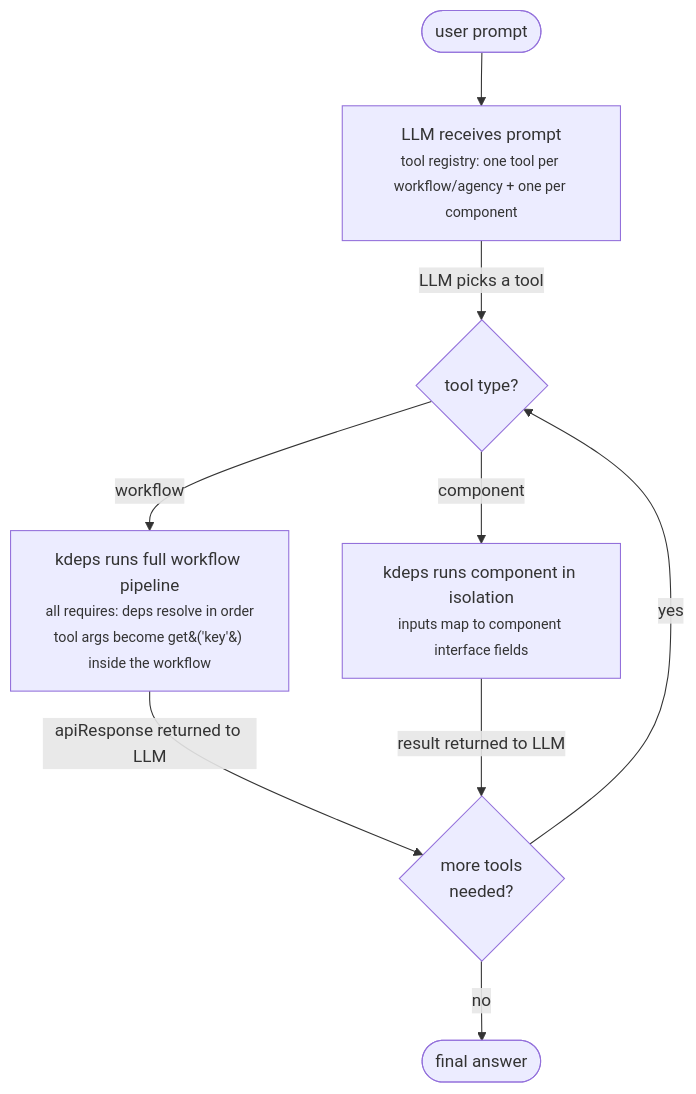
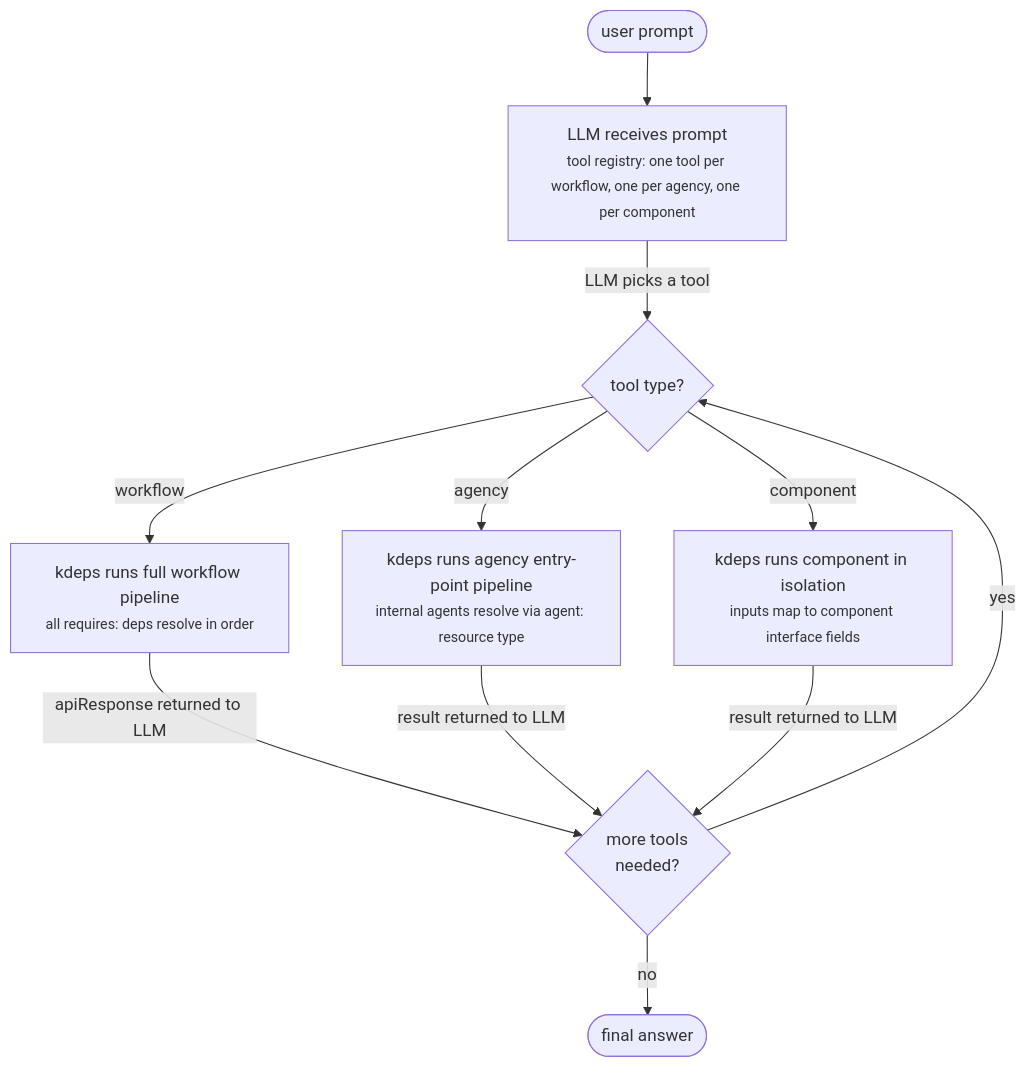
Before and after one commit to kdeps/kdeps: the diagram in docs/v2/modes/agent-mode.md, drawn with Mermaid. The commit also changed other lines of this file and 3 other files, not shown here.

First line of the commit message:
feat: agency = 1 tool in agent mode; fix agency file parsing in serve

````diff
--- a/docs/v2/modes/agent-mode.md
+++ b/docs/v2/modes/agent-mode.md
@@ -77,12 +77,14 @@
 ```mermaid
 flowchart TD
     A([user prompt]) --> B
-    B["LLM receives prompt<br/><small>tool registry: one tool per workflow/agency + one per component</small>"] -->|LLM picks a tool| C
+    B["LLM receives prompt<br/><small>tool registry: one tool per workflow, one per agency, one per component</small>"] -->|LLM picks a tool| C
     C{"tool type?"} -->|workflow| D
-    C -->|component| E
-    D["kdeps runs full workflow pipeline<br/><small>all requires: deps resolve in order<br/>tool args become get&#40;'key'&#41; inside the workflow</small>"] -->|apiResponse returned to LLM| F
-    E["kdeps runs component in isolation<br/><small>inputs map to component interface fields</small>"] -->|result returned to LLM| F
+    C -->|agency| E
+    C -->|component| H
+    D["kdeps runs full workflow pipeline<br/><small>all requires: deps resolve in order</small>"] -->|apiResponse returned to LLM| F
+    E["kdeps runs agency entry-point pipeline<br/><small>internal agents resolve via agent: resource type</small>"] -->|result returned to LLM| F
+    H["kdeps runs component in isolation<br/><small>inputs map to component interface fields</small>"] -->|result returned to LLM| F
     F{"more tools<br/>needed?"} -->|yes| C
     F -->|no| G
     G([final answer])
 ```
````
